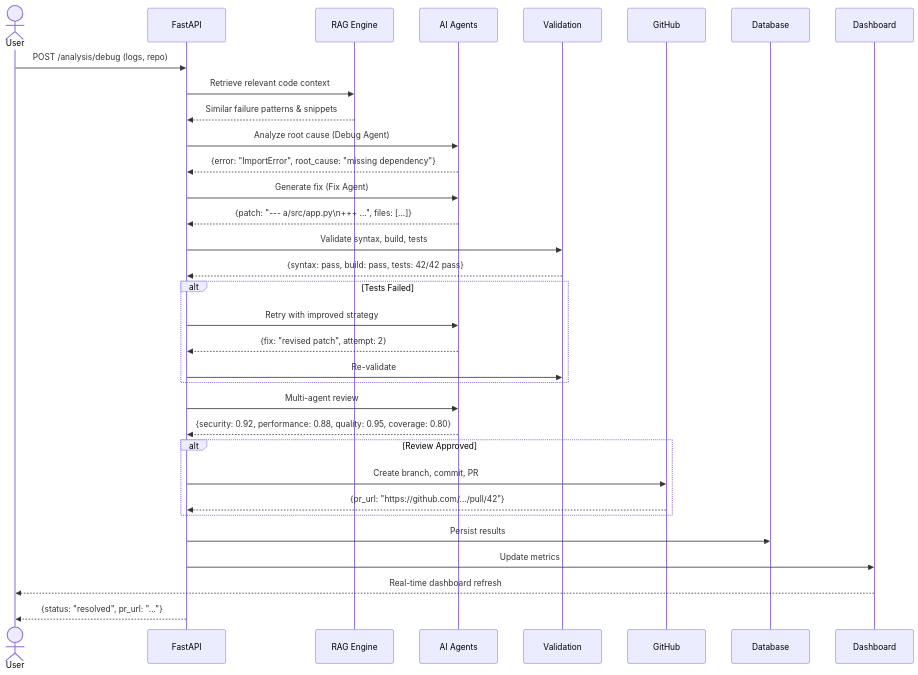
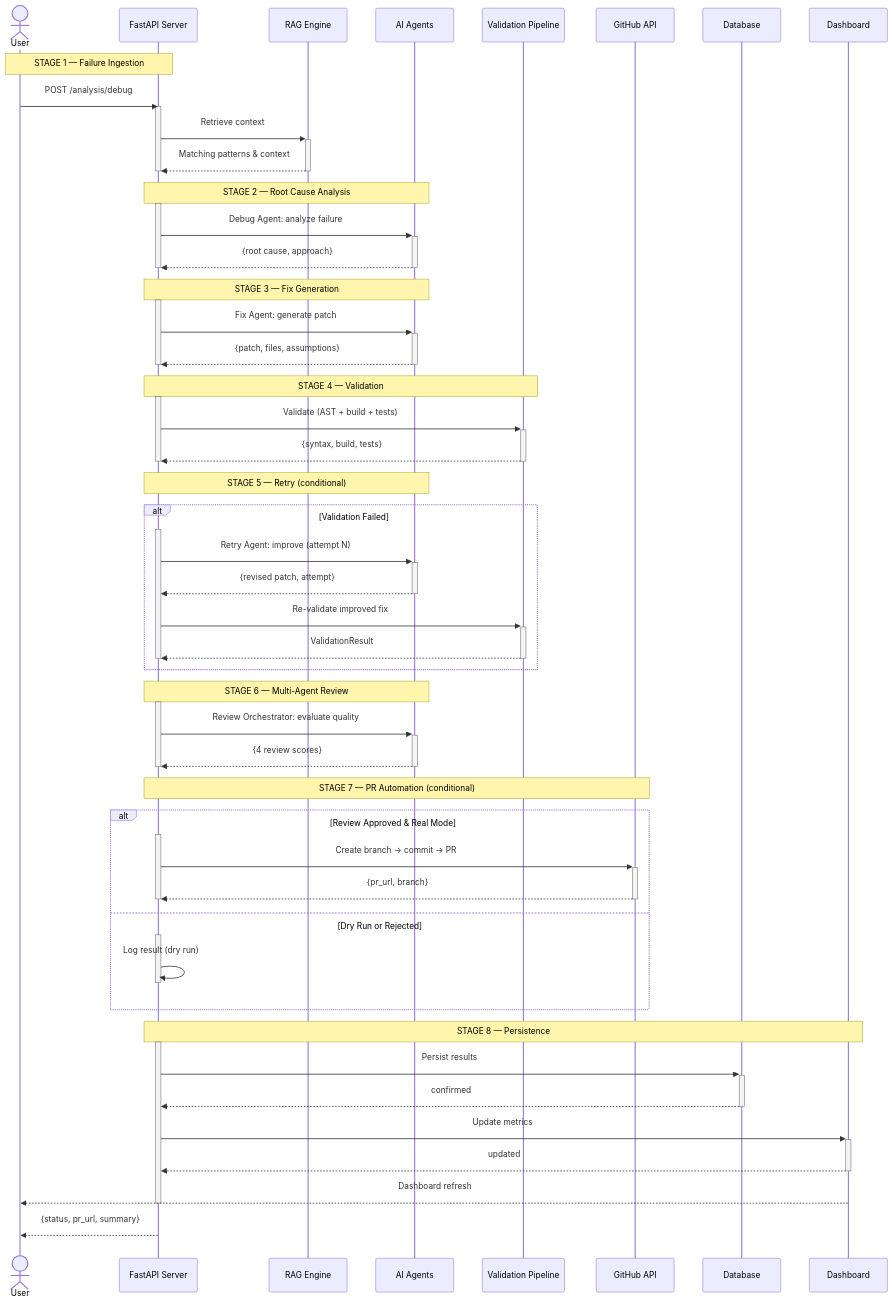
The second of 2 diagrams in README.md (Poulabi8137/self-healing-ci-agent), drawn with Mermaid before and after one commit. The commit also changed other lines of this file and 11 other files, not shown here.

Commit message:
perf: optimize analytics, caching, async workflows and dashboard performance

````diff
--- a/README.md
+++ b/README.md
@@ -181,43 +235,75 @@
 ```mermaid
+%%{init: {"sequence": {"actorMargin": 55, "boxMargin": 22, "messageMargin": 28}}}%%
 sequenceDiagram
     actor User
-    participant API as FastAPI
+    participant API as FastAPI Server
     participant RAG as RAG Engine
     participant Agents as AI Agents
-    participant Val as Validation
-    participant GH as GitHub
+    participant Val as Validation Pipeline
+    participant GH as GitHub API
     participant DB as Database
     participant Dash as Dashboard
 
-    User->>API: POST /analysis/debug (logs, repo)
-    API->>RAG: Retrieve relevant code context
-    RAG-->>API: Similar failure patterns & snippets
-    
-    API->>Agents: Analyze root cause (Debug Agent)
-    Agents-->>API: {error: "ImportError", root_cause: "missing dependency"}
-    
-    API->>Agents: Generate fix (Fix Agent)
-    Agents-->>API: {patch: "--- a/src/app.py\n+++ ...", files: [...]}
-    
-    API->>Val: Validate syntax, build, tests
-    Val-->>API: {syntax: pass, build: pass, tests: 42/42 pass}
-    
-    alt Tests Failed
-        API->>Agents: Retry with improved strategy
-        Agents-->>API: {fix: "revised patch", attempt: 2}
-        API->>Val: Re-validate
+    Note over User,API: STAGE 1 — Failure Ingestion
+    User->>API: POST /analysis/debug
+    activate API
+    API->>+RAG: Retrieve context
+    RAG-->>-API: Matching patterns & context
+    deactivate API
+
+    Note over API,Agents: STAGE 2 — Root Cause Analysis
+    activate API
+    API->>+Agents: Debug Agent: analyze failure
+    Agents-->>-API: {root cause, approach}
+    deactivate API
+
+    Note over API,Agents: STAGE 3 — Fix Generation
+    activate API
+    API->>+Agents: Fix Agent: generate patch
+    Agents-->>-API: {patch, files, assumptions}
+    deactivate API
+
+    Note over API,Val: STAGE 4 — Validation
+    activate API
+    API->>+Val: Validate (AST + build + tests)
+    Val-->>-API: {syntax, build, tests}
+    deactivate API
+
+    Note over API,Agents: STAGE 5 — Retry (conditional)
+    alt Validation Failed
+        activate API
+        API->>+Agents: Retry Agent: improve (attempt N)
+        Agents-->>-API: {revised patch, attempt}
+        API->>+Val: Re-validate improved fix
+        Val-->>-API: ValidationResult
+        deactivate API
     end
-    
-    API->>Agents: Multi-agent review
-    Agents-->>API: {security: 0.92, performance: 0.88, quality: 0.95, coverage: 0.80}
-    
-    alt Review Approved
-        API->>GH: Create branch, commit, PR
-        GH-->>API: {pr_url: "https://github.com/.../pull/42"}
+
+    Note over API,Agents: STAGE 6 — Multi-Agent Review
+    activate API
+    API->>+Agents: Review Orchestrator: evaluate quality
+    Agents-->>-API: {4 review scores}
+    deactivate API
+
+    Note over API,GH: STAGE 7 — PR Automation (conditional)
+    alt Review Approved & Real Mode
+        activate API
+        API->>+GH: Create branch → commit → PR
+        GH-->>-API: {pr_url, branch}
+        deactivate API
+    else Dry Run or Rejected
+        activate API
+        API->>API: Log result (dry run)
+        deactivate API
     end
-    
-    API->>DB: Persist results
-    API->>Dash: Update metrics
-    Dash-->>User: Real-time dashboard refresh
-    API-->>User: {status: "resolved", pr_url: "..."}
+
+    Note over API,Dash: STAGE 8 — Persistence
+    activate API
+    API->>+DB: Persist results
+    DB-->>-API: confirmed
+    API->>+Dash: Update metrics
+    Dash-->>-API: updated
+    Dash-->>User: Dashboard refresh
+    deactivate API
+    API-->>User: {status, pr_url, summary}
 ```
````
